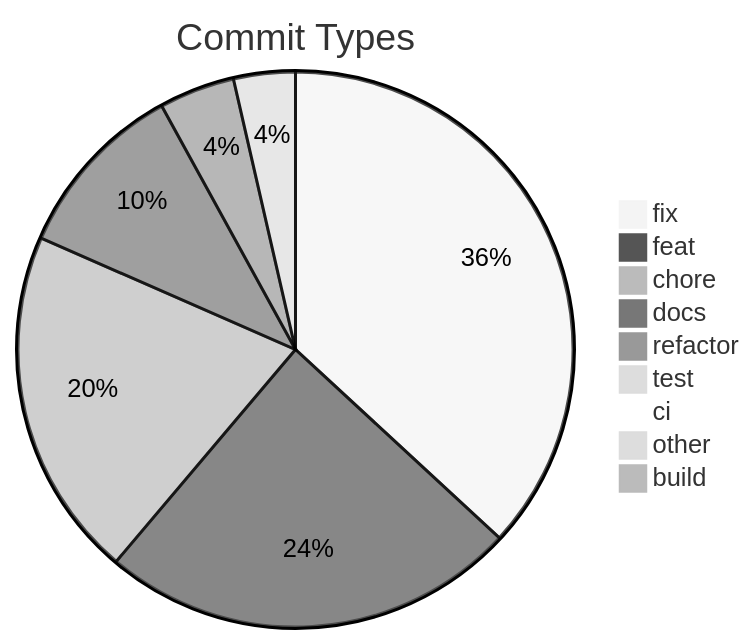
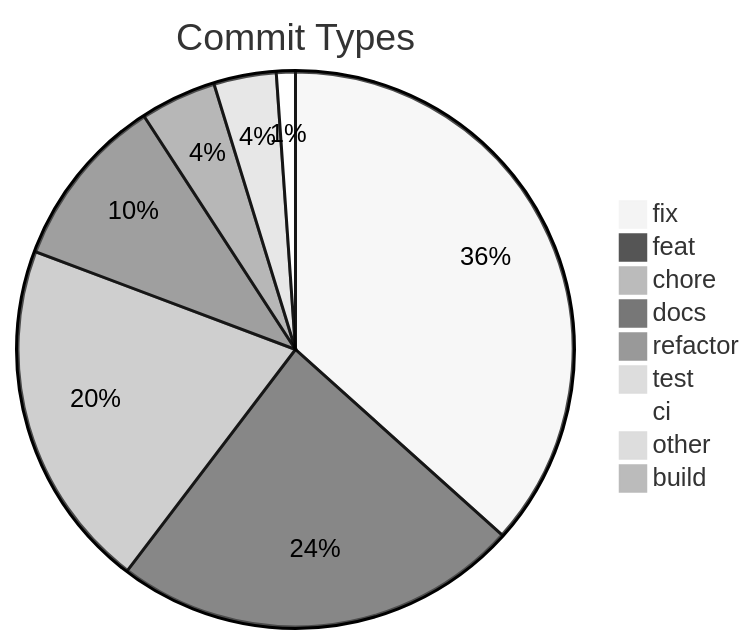
One commit to svenroth-ai/shipwright-webui changed the diagram in .shipwright/compliance/change-history.md. Above: the diagram before and after it, drawn with Mermaid (neutral theme). The commit also changed other lines of this file and 23 other files, not shown here.

````diff
--- a/.shipwright/compliance/change-history.md
+++ b/.shipwright/compliance/change-history.md
@@ -8,12 +8,12 @@
 ```mermaid
 pie title Commit Types
-    "fix" : 226
-    "feat" : 149
-    "chore" : 125
+    "fix" : 232
+    "feat" : 150
+    "chore" : 129
     "docs" : 64
-    "refactor" : 27
-    "test" : 22
-    "ci" : 6
+    "refactor" : 28
+    "test" : 23
+    "ci" : 7
     "other" : 4
     "build" : 1
 ```
````
